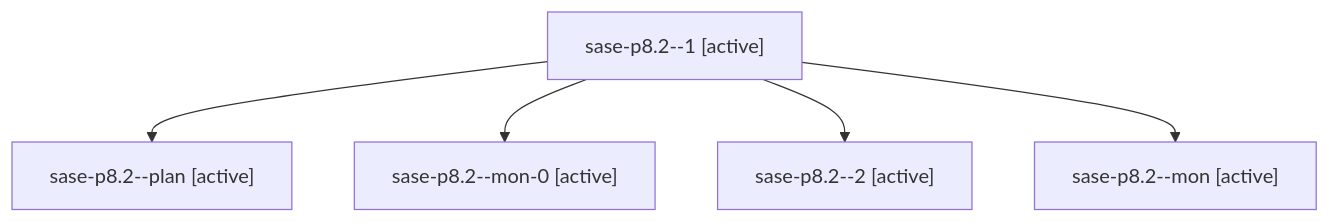
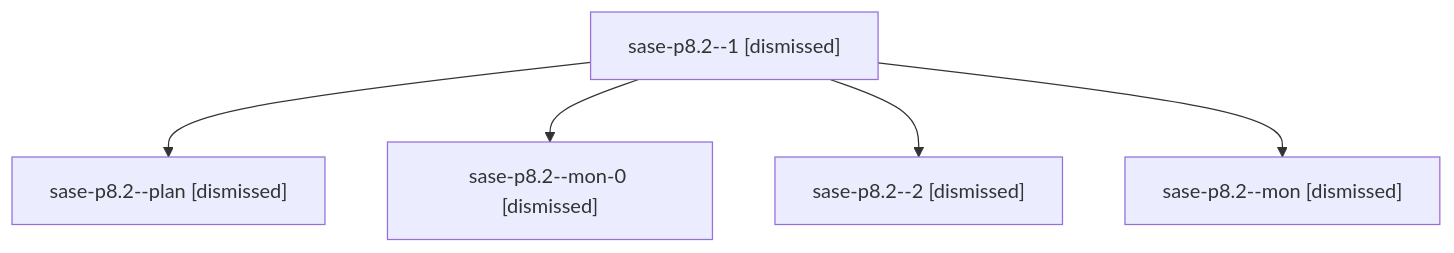
One commit to sase-org/sase--agents changed the diagram in sessions/bbugyi200.athena.sase-p8.2.md. Above: the diagram before and after it, drawn with Mermaid. The commit also changed other lines of this file and 104 other files, not shown here.

````diff
--- a/sessions/bbugyi200.athena.sase-p8.2.md
+++ b/sessions/bbugyi200.athena.sase-p8.2.md
@@ -9,12 +9,12 @@
 ```mermaid
 flowchart TD
-  n0["sase-p8.2--1 [active]"]
-  n1["sase-p8.2--plan [active]"]
+  n0["sase-p8.2--1 [dismissed]"]
+  n1["sase-p8.2--plan [dismissed]"]
   n0 --> n1
-  n2["sase-p8.2--mon-0 [active]"]
+  n2["sase-p8.2--mon-0 [dismissed]"]
   n0 --> n2
-  n3["sase-p8.2--2 [active]"]
+  n3["sase-p8.2--2 [dismissed]"]
   n0 --> n3
-  n4["sase-p8.2--mon [active]"]
+  n4["sase-p8.2--mon [dismissed]"]
   n0 --> n4
 ```
````
